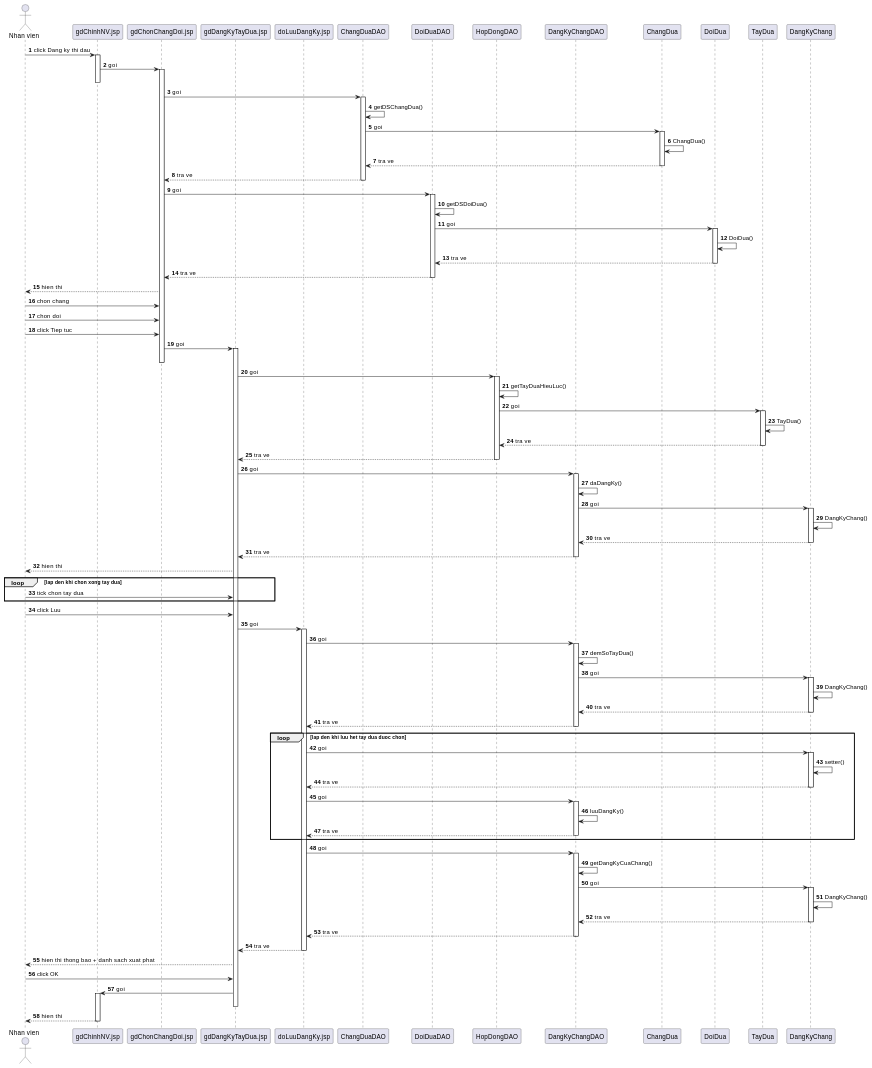
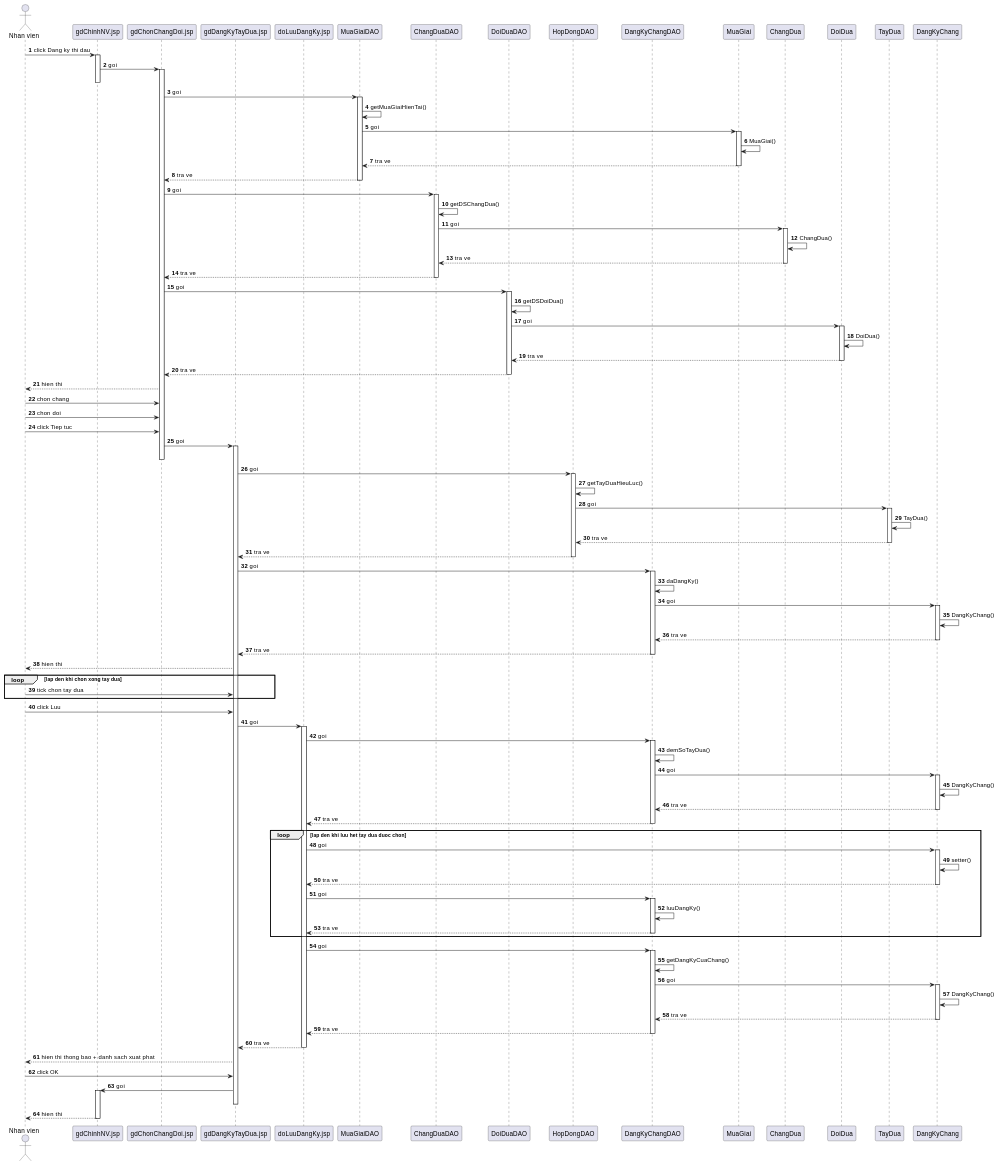
Before and after one commit to 7gho/CNPM-He2026: the sixth of 6 diagrams in Module 2 - Kin/noi-dung.md, drawn with PlantUML. The commit also changed other lines of this file and 41 other files, not shown here.

```diff
--- a/Module 2 - Kin/noi-dung.md
+++ b/Module 2 - Kin/noi-dung.md
@@ -606,10 +611,12 @@
 participant "gdChonChangDoi.jsp" as V1
 participant "gdDangKyTayDua.jsp" as V2
 participant "doLuuDangKy.jsp" as V3
+participant "MuaGiaiDAO" as MDAO
 participant "ChangDuaDAO" as CDAO
 participant "DoiDuaDAO" as DDAO
 participant "HopDongDAO" as HDAO
 participant "DangKyChangDAO" as KDAO
+participant "MuaGiai" as MG
 participant "ChangDua" as CD
 participant "DoiDua" as DD
 participant "TayDua" as TD
@@ -620,6 +627,17 @@
 V0 -> V1 : goi
 activate V1
 deactivate V0
+
+V1 -> MDAO : goi
+activate MDAO
+MDAO -> MDAO : getMuaGiaiHienTai()
+MDAO -> MG : goi
+activate MG
+MG -> MG : MuaGiai()
+MG --> MDAO : tra ve
+deactivate MG
+MDAO --> V1 : tra ve
+deactivate MDAO
 
 V1 -> CDAO : goi
 activate CDAO
```
